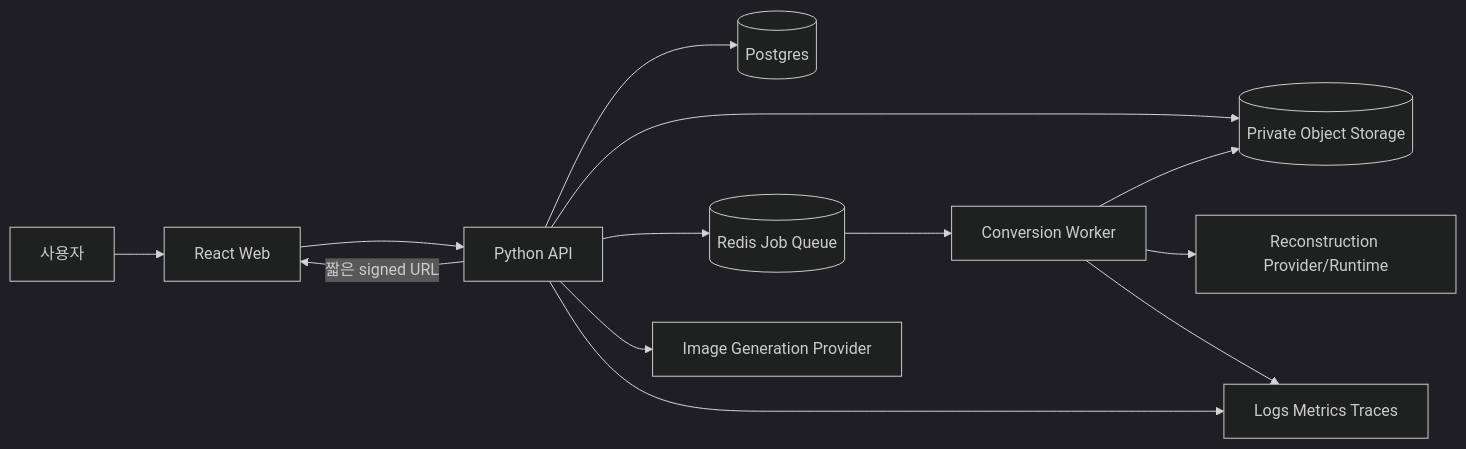
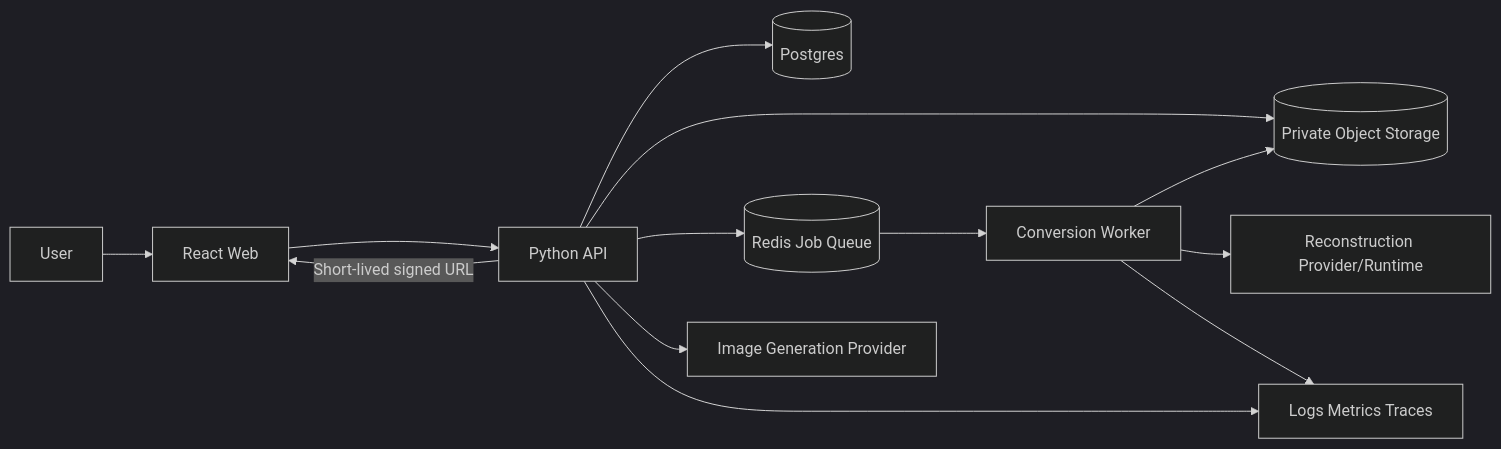
One commit to dextune/3craft changed the first of 2 diagrams in docs/plan/03-system-architecture.md. Above: the diagram before and after it, drawn with Mermaid (dark theme). The commit also changed other lines of this file and 40 other files, not shown here.

````diff
--- a/docs/plan/03-system-architecture.md
+++ b/docs/plan/03-system-architecture.md
@@ -18,15 +21,15 @@
 ```mermaid
 flowchart LR
-  U[사용자] --> WEB[React Web]
+  U[User] --> WEB[React Web]
   WEB --> API[Python API]
   API --> DB[(Postgres)]
   API --> OBJ[(Private Object Storage)]
   API --> Q[(Redis Job Queue)]
   Q --> WK[Conversion Worker]
   WK --> OBJ
   WK --> RP[Reconstruction Provider/Runtime]
   API --> IP[Image Generation Provider]
   API --> OBS[Logs Metrics Traces]
   WK --> OBS
-  API -->|짧은 signed URL| WEB
+  API -->|Short-lived signed URL| WEB
 ```
````
